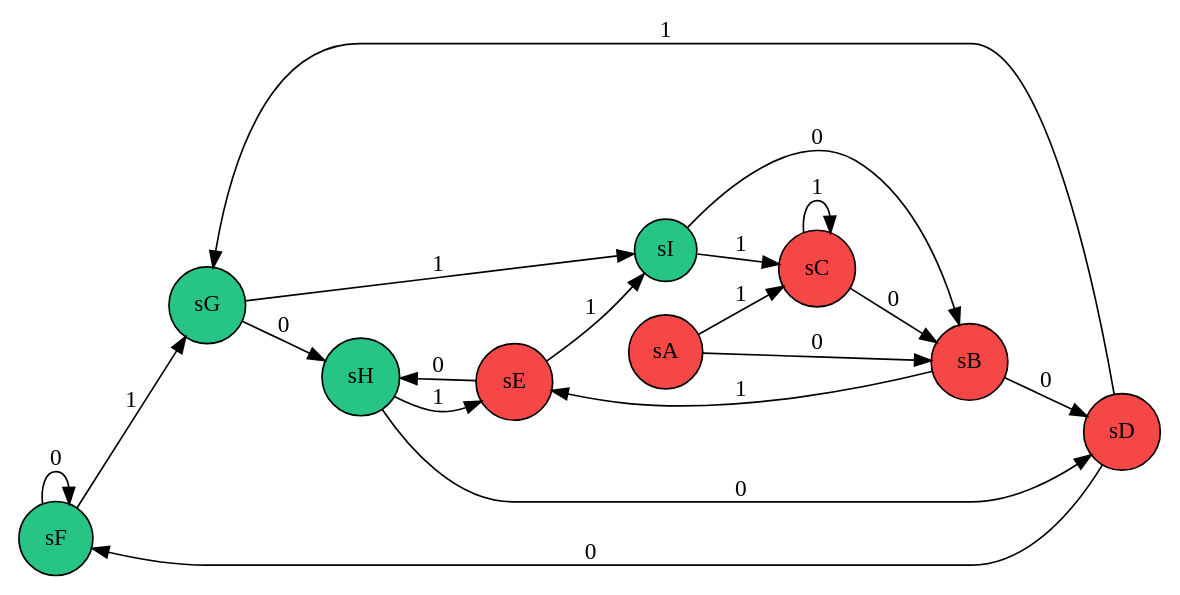
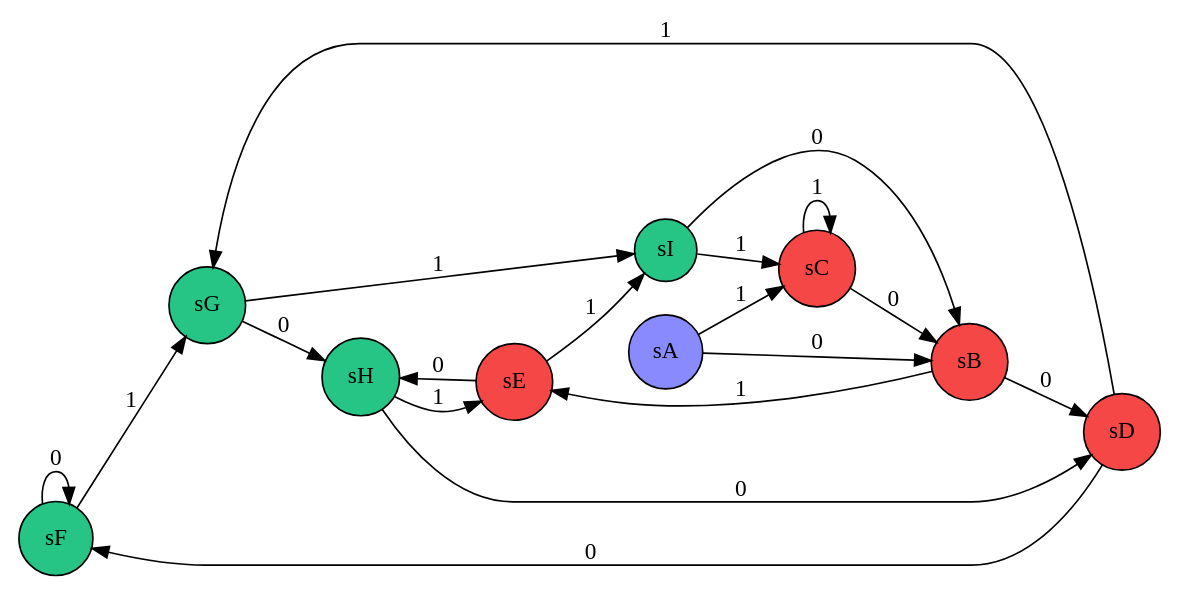
One commit to virtualmonkey/expresiones-regulares changed the diagram in graphs/NDFAToDFA.gv. Above: the diagram before and after it, drawn with Graphviz. The commit also changed 12 other files, not shown here.

Commit message:
[graphics] - Added color identifiers for each type of state

```diff
--- a/graphs/NDFAToDFA.gv
+++ b/graphs/NDFAToDFA.gv
@@ -1,27 +1,29 @@
 digraph "DFA by Thompson's method" {
 	rankdir=LR size=10
 	node [fillcolor="#26C485" shape=circle style=filled]
 	sF
 	sG
 	sH
 	sI
+	node [fillcolor="#8a8aff" shape=circle style=filled]
+	sA
 	node [fillcolor="#f64747" shape=circle style=filled]
 	sA -> sB [label=0]
 	sA -> sC [label=1]
 	sB -> sD [label=0]
 	sB -> sE [label=1]
 	sC -> sB [label=0]
 	sC -> sC [label=1]
 	sD -> sF [label=0]
 	sD -> sG [label=1]
 	sE -> sH [label=0]
 	sE -> sI [label=1]
 	sF -> sF [label=0]
 	sF -> sG [label=1]
 	sG -> sH [label=0]
 	sG -> sI [label=1]
 	sH -> sD [label=0]
 	sH -> sE [label=1]
 	sI -> sB [label=0]
 	sI -> sC [label=1]
 }
```
